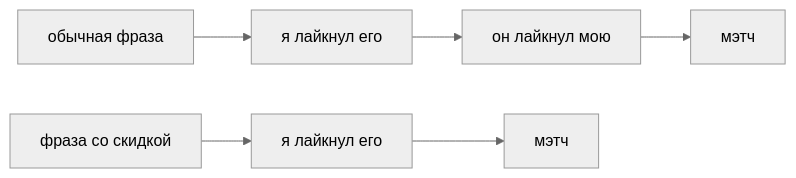
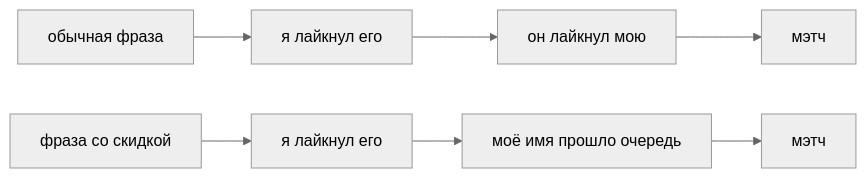
Before and after one commit to panov-id/xor.ad: diagram 12 of 30 in docs/chat-flows_RU.md, drawn with Mermaid (neutral theme). The commit also changed other lines of this file and 10 other files, not shown here.

````diff
--- a/docs/chat-flows_RU.md
+++ b/docs/chat-flows_RU.md
@@ -415,5 +415,5 @@
 ```mermaid
 flowchart LR
   a["обычная фраза"] --> a1["я лайкнул его"] --> a2["он лайкнул мою"] --> a3["мэтч"]
-  b["фраза со скидкой"] --> b1["я лайкнул его"] --> b3["мэтч"]
+  b["фраза со скидкой"] --> b1["я лайкнул его"] --> b2["моё имя прошло очередь"] --> b3["мэтч"]
 ```
````
